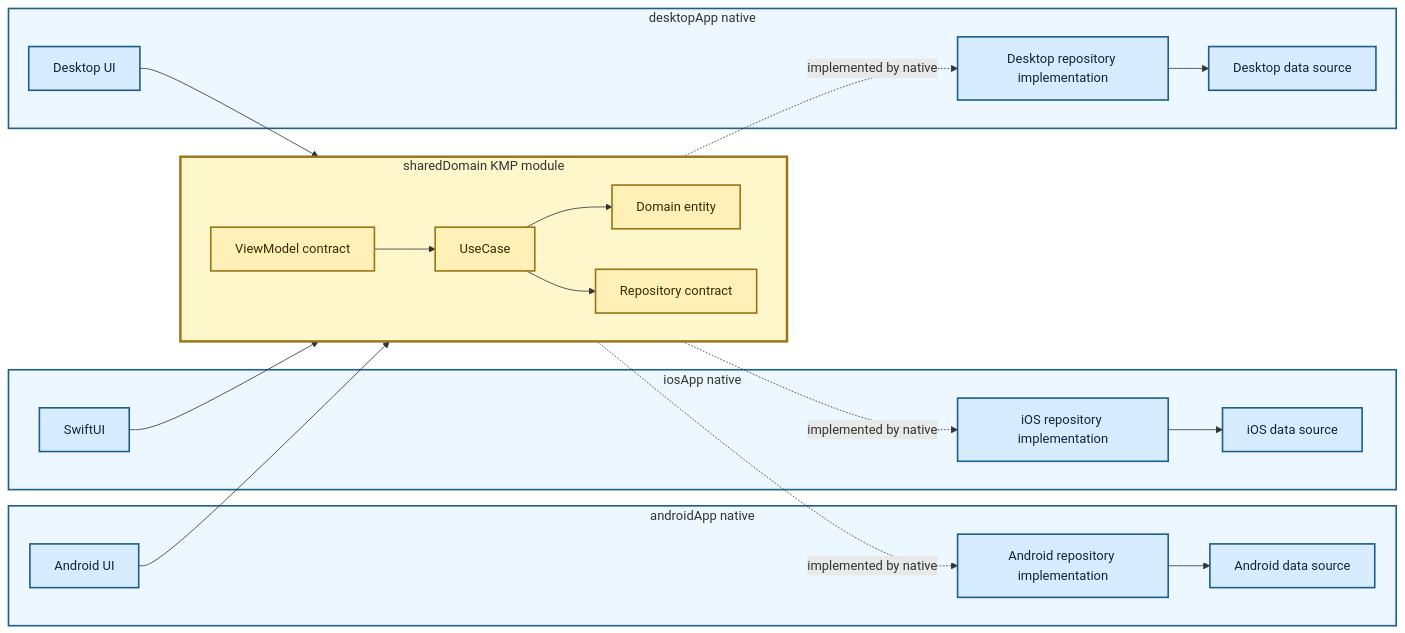
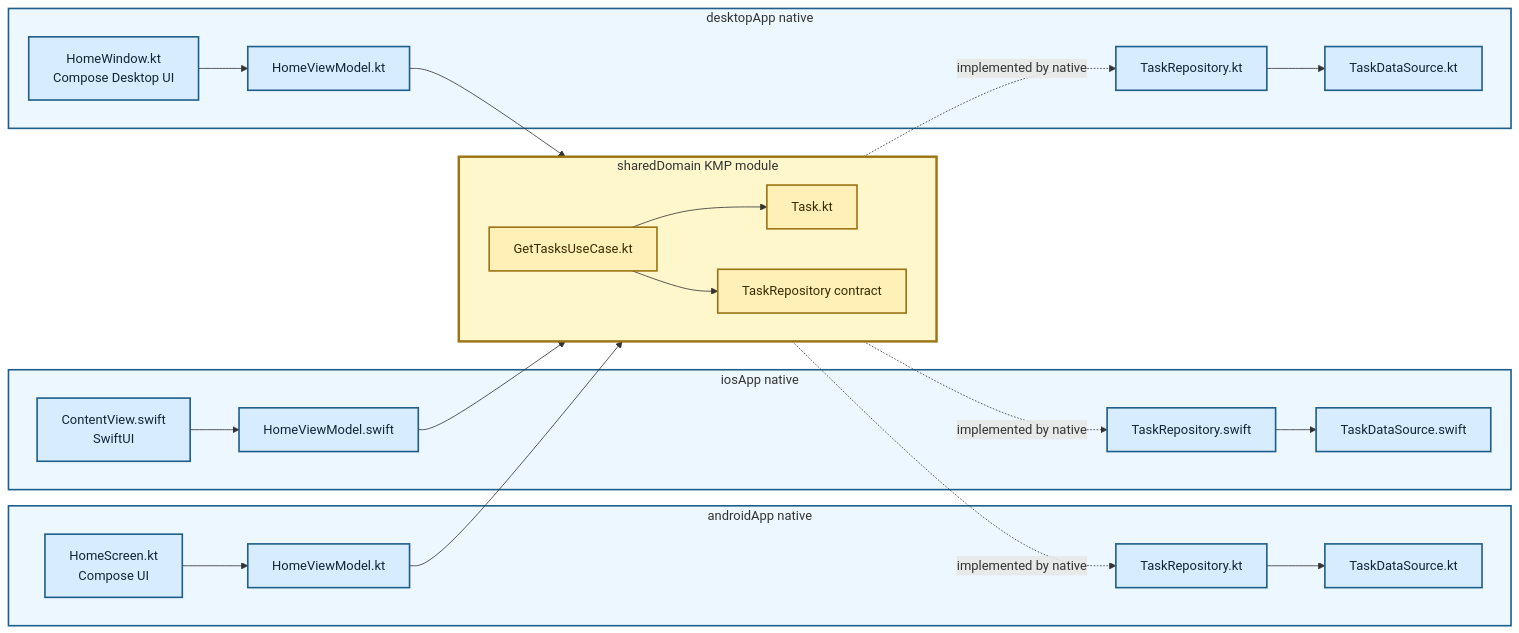
Before and after one commit to TheSetox/kmp-sample-diagrams: the diagram in diagrams/16-three-layer-kmp-domain.md, drawn with Mermaid. The commit also changed other lines of this file and 28 other files, not shown here.

Commit message:
docs: reassess diagram layer boundaries

````diff
--- a/diagrams/16-three-layer-kmp-domain.md
+++ b/diagrams/16-three-layer-kmp-domain.md
@@ -5,49 +5,54 @@
 ```mermaid
 flowchart LR
   subgraph Android["androidApp native"]
-    AndroidUI["Android UI"]
-    AndroidData["Android repository implementation"]
-    AndroidSource["Android data source"]
-    AndroidData --> AndroidSource
+    AUI["HomeScreen.kt\nCompose UI"]
+    AVM["HomeViewModel.kt"]
+    ARepository["TaskRepository.kt"]
+    ADataSource["TaskDataSource.kt"]
+    AUI --> AVM
+    ARepository --> ADataSource
   end
 
   subgraph IOS["iosApp native"]
-    IOSUI["SwiftUI"]
-    IOSData["iOS repository implementation"]
-    IOSSource["iOS data source"]
-    IOSData --> IOSSource
+    IUI["ContentView.swift\nSwiftUI"]
+    IVM["HomeViewModel.swift"]
+    IRepository["TaskRepository.swift"]
+    IDataSource["TaskDataSource.swift"]
+    IUI --> IVM
+    IRepository --> IDataSource
   end
 
   subgraph Desktop["desktopApp native"]
-    DesktopUI["Desktop UI"]
-    DesktopData["Desktop repository implementation"]
-    DesktopSource["Desktop data source"]
-    DesktopData --> DesktopSource
+    DUI["HomeWindow.kt\nCompose Desktop UI"]
+    DVM["HomeViewModel.kt"]
+    DRepository["TaskRepository.kt"]
+    DDataSource["TaskDataSource.kt"]
+    DUI --> DVM
+    DRepository --> DDataSource
   end
 
   subgraph KMP["sharedDomain KMP module"]
     direction LR
-    ViewModelContract["ViewModel contract"]
-    UseCase["UseCase"]
-    Entity["Domain entity"]
-    RepositoryPort["Repository contract"]
-    ViewModelContract --> UseCase --> Entity
+    UseCase["GetTasksUseCase.kt"]
+    Entity["Task.kt"]
+    RepositoryPort["TaskRepository contract"]
+    UseCase --> Entity
     UseCase --> RepositoryPort
   end
 
-  AndroidUI --> ViewModelContract
-  IOSUI --> ViewModelContract
-  DesktopUI --> ViewModelContract
-  RepositoryPort -. "implemented by native" .-> AndroidData
-  RepositoryPort -. "implemented by native" .-> IOSData
-  RepositoryPort -. "implemented by native" .-> DesktopData
+  AVM --> UseCase
+  IVM --> UseCase
+  DVM --> UseCase
+  RepositoryPort -. "implemented by native" .-> ARepository
+  RepositoryPort -. "implemented by native" .-> IRepository
+  RepositoryPort -. "implemented by native" .-> DRepository
 
   classDef app fill:#d8ecff,stroke:#1f5f8b,color:#0f2738,stroke-width:2px;
   classDef kmp fill:#fff0b8,stroke:#9b7415,color:#3b2a00,stroke-width:2px;
-  class AndroidUI,AndroidData,AndroidSource,IOSUI,IOSData,IOSSource,DesktopUI,DesktopData,DesktopSource app;
-  class ViewModelContract,UseCase,Entity,RepositoryPort kmp;
+  class AUI,AVM,ARepository,ADataSource,IUI,IVM,IRepository,IDataSource,DUI,DVM,DRepository,DDataSource app;
+  class UseCase,Entity,RepositoryPort kmp;
   style Android fill:#edf7ff,stroke:#1f5f8b,stroke-width:2px
   style IOS fill:#edf7ff,stroke:#1f5f8b,stroke-width:2px
   style Desktop fill:#edf7ff,stroke:#1f5f8b,stroke-width:2px
   style KMP fill:#fff7cc,stroke:#9b7415,stroke-width:3px
 ```
````
